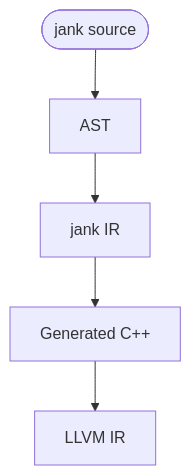
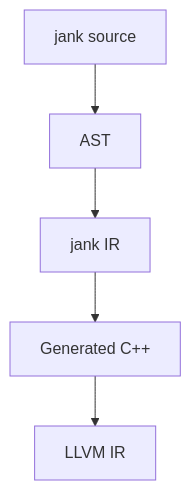
The diagram in book/src/dev/ir.md (jank-lang/jank), drawn with Mermaid before and after one commit. The commit also changed 4 other files, not shown here.

````diff
--- a/book/src/dev/ir.md
+++ b/book/src/dev/ir.md
@@ -16,8 +16,8 @@
 ```mermaid
 %% Enable JavaScript to see this diagram rendered nicely. :)
 flowchart TD
-    source([jank source]) --> ast[AST]
+    source[jank source] --> ast[AST]
     ast --> jank-ir[jank IR]
     jank-ir --> cpp[Generated C++]
     cpp --> llvm-ir[LLVM IR]
 ```
````
